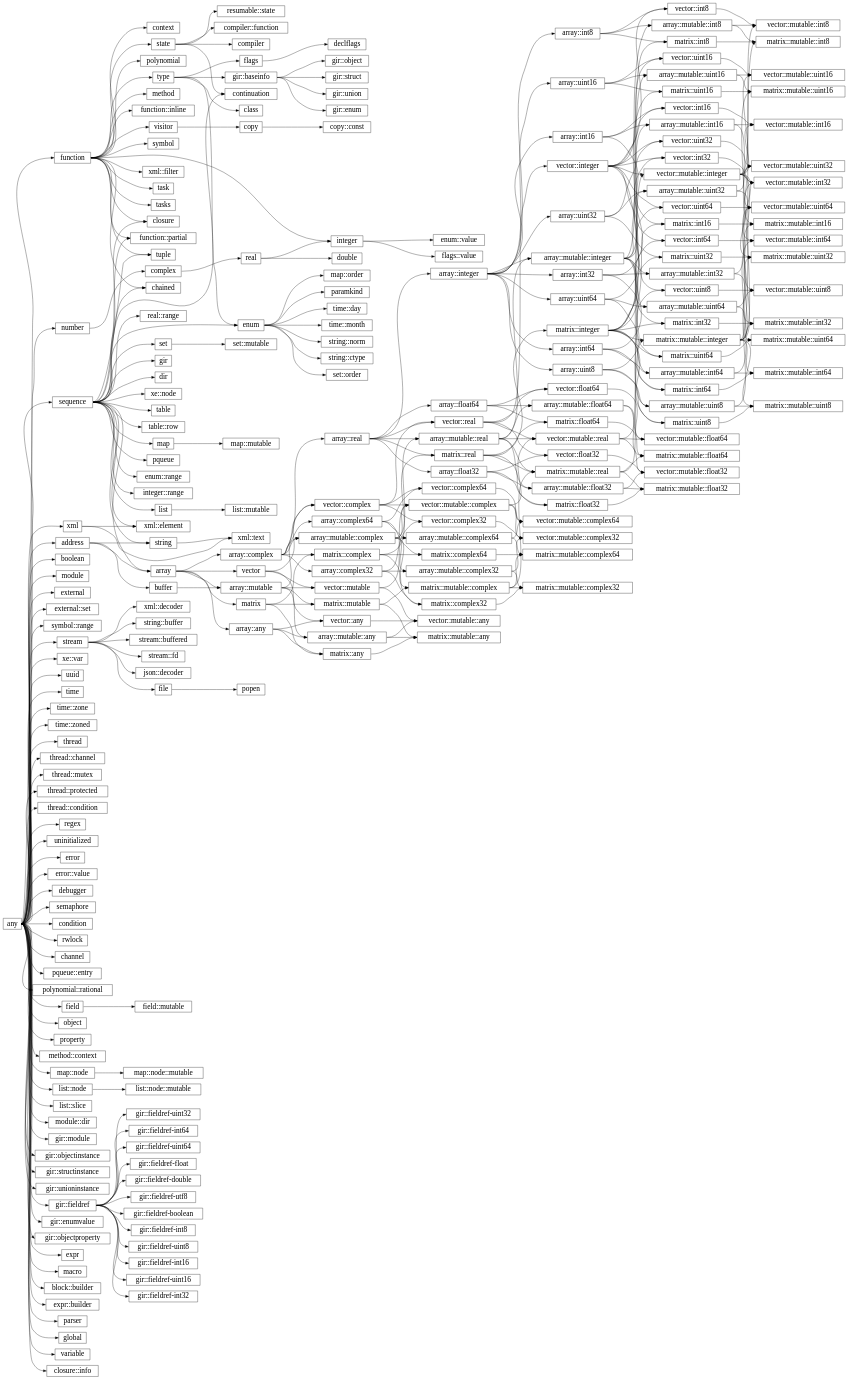
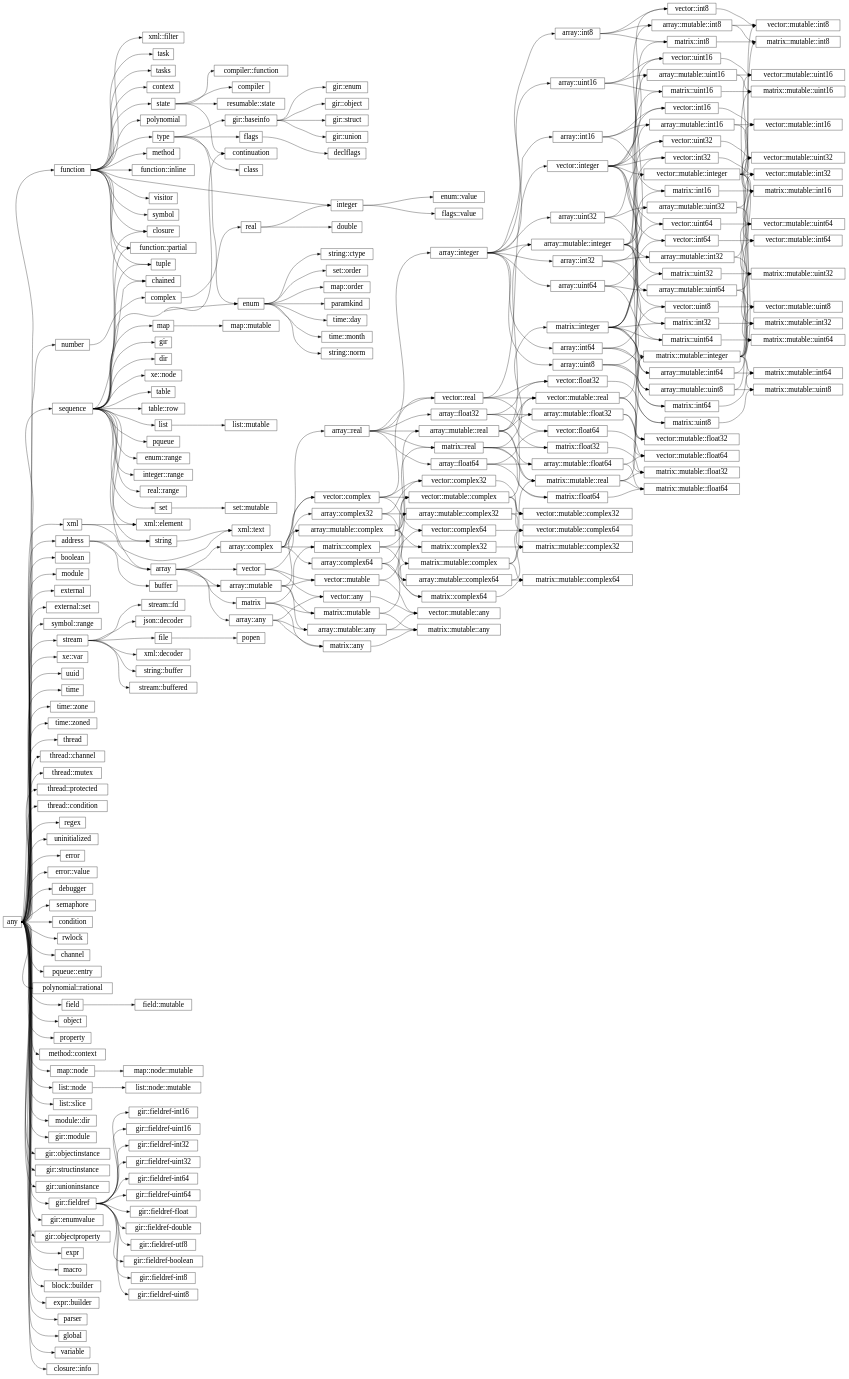
One commit to wrapl/minilang changed the diagram in docs/library/hierarchy.rst. Above: the diagram before and after it, drawn with Graphviz. The commit also changed 16 other files, not shown here.

```diff
--- a/docs/library/hierarchy.rst
+++ b/docs/library/hierarchy.rst
@@ -16,8 +16,6 @@
       "any":e -> "function":w;
       "function":e -> "type":w;
       "function":e -> "visitor":w;
-      "visitor":e -> "copy":w;
-      "copy":e -> "copy::const":w;
       "function":e -> "function::partial":w;
       "sequence":e -> "function::partial":w;
       "function":e -> "tuple":w;
```
